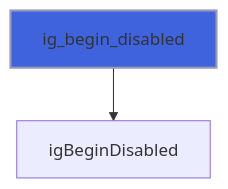
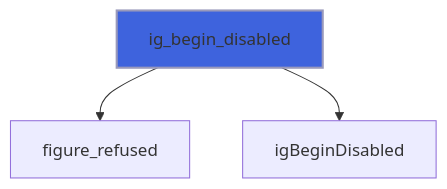
Before and after one commit to szaghi/figure: diagram 18 of 26 in docs/api/src/lib/figure_group.md, drawn with Mermaid. The commit also changed other lines of this file and 10 other files, not shown here.

````diff
--- a/docs/api/src/lib/figure_group.md
+++ b/docs/api/src/lib/figure_group.md
@@ -424,5 +470,6 @@
 ```mermaid
 flowchart TD
+  ig_begin_disabled["ig_begin_disabled"] --> figure_refused["figure_refused"]
   ig_begin_disabled["ig_begin_disabled"] --> igBeginDisabled["igBeginDisabled"]
   style ig_begin_disabled fill:#3e63dd,stroke:#99b,stroke-width:2px
 ```
````
